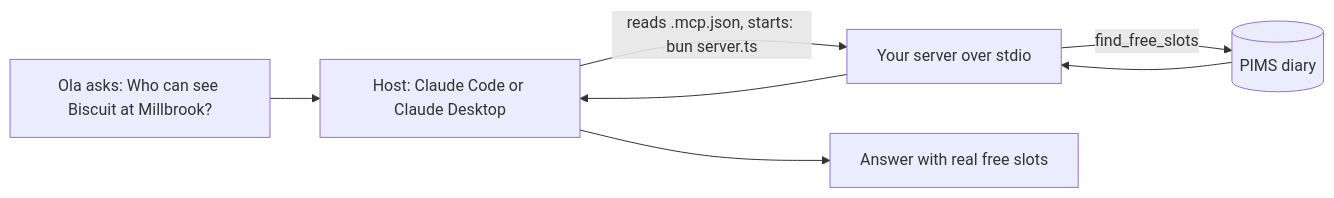
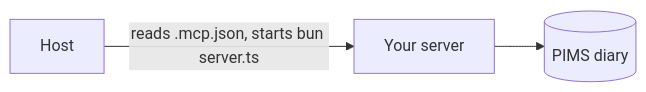
One commit to learnwithparam/mcp-workshop changed the diagram in parts/01-give-the-diary/04-connect-claude/problem/README.md. Above: the diagram before and after it, drawn with Mermaid. The commit also changed other lines of this file and 153 other files, not shown here.

````diff
--- a/parts/01-give-the-diary/04-connect-claude/problem/README.md
+++ b/parts/01-give-the-diary/04-connect-claude/problem/README.md
@@ -11,7 +24,4 @@
 ```mermaid
 flowchart LR
-  O[Ola asks: Who can see Biscuit at Millbrook?] --> H[Host: Claude Code or Claude Desktop]
-  H -- "reads .mcp.json, starts: bun server.ts" --> S[Your server over stdio]
-  S -- find_free_slots --> P[(PIMS diary)]
-  P --> S --> H --> A[Answer with real free slots]
+  H[Host] -- "reads .mcp.json, starts bun server.ts" --> S[Your server] --> P[(PIMS diary)]
 ```
````
